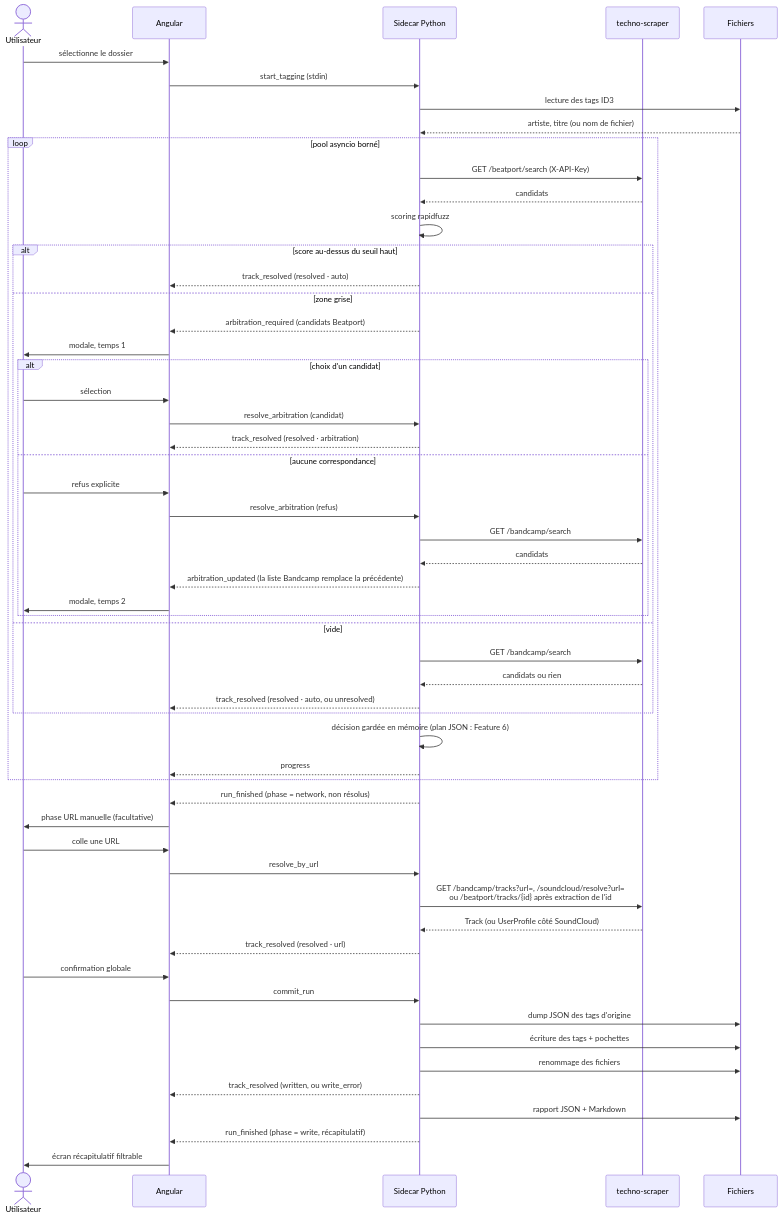
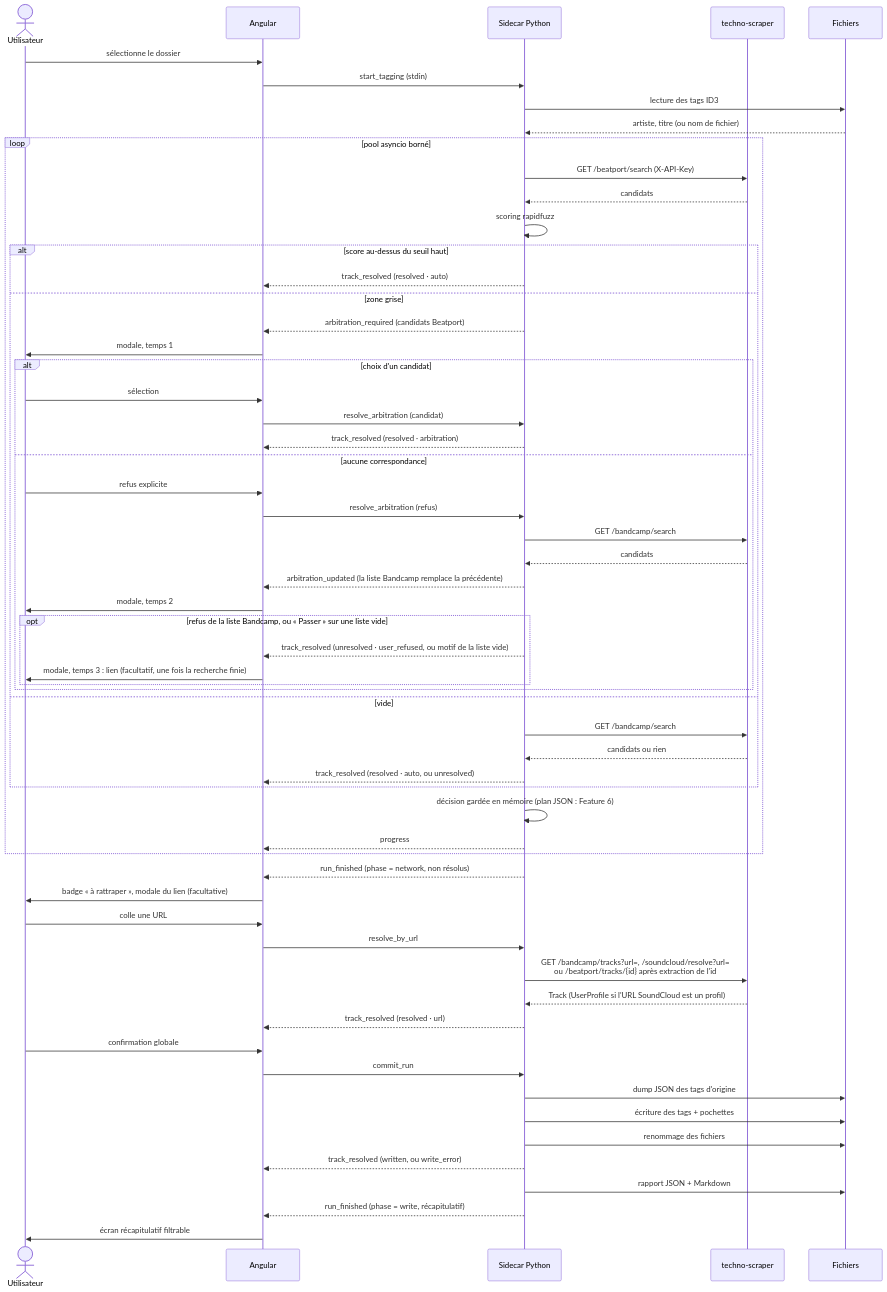
Before and after one commit to thibaud57/techno-tagger: the fourth of 5 diagrams in docs/ARCHITECTURE.md, drawn with Mermaid. The commit also changed other lines of this file and 111 other files, not shown here.

````diff
--- a/docs/ARCHITECTURE.md
+++ b/docs/ARCHITECTURE.md
@@ -609,61 +617,65 @@
 ```mermaid
 sequenceDiagram
     actor U as Utilisateur
     participant UI as Angular
     participant S as Sidecar Python
     participant API as techno-scraper
     participant FS as Fichiers
 
     U->>UI: sélectionne le dossier
     UI->>S: start_tagging (stdin)
     S->>FS: lecture des tags ID3
     FS-->>S: artiste, titre (ou nom de fichier)
 
     loop pool asyncio borné
         S->>API: GET /beatport/search (X-API-Key)
         API-->>S: candidats
         S->>S: scoring rapidfuzz
         alt score au-dessus du seuil haut
             S-->>UI: track_resolved (resolved · auto)
         else zone grise
             S-->>UI: arbitration_required (candidats Beatport)
             UI->>U: modale, temps 1
             alt choix d'un candidat
                 U->>UI: sélection
                 UI->>S: resolve_arbitration (candidat)
                 S-->>UI: track_resolved (resolved · arbitration)
             else aucune correspondance
                 U->>UI: refus explicite
                 UI->>S: resolve_arbitration (refus)
                 S->>API: GET /bandcamp/search
                 API-->>S: candidats
                 S-->>UI: arbitration_updated (la liste Bandcamp remplace la précédente)
                 UI->>U: modale, temps 2
+                opt refus de la liste Bandcamp, ou « Passer » sur une liste vide
+                    S-->>UI: track_resolved (unresolved · user_refused, ou motif de la liste vide)
+                    UI->>U: modale, temps 3 : lien (facultatif, une fois la recherche finie)
+                end
             end
         else vide
             S->>API: GET /bandcamp/search
             API-->>S: candidats ou rien
             S-->>UI: track_resolved (resolved · auto, ou unresolved)
         end
         S->>S: décision gardée en mémoire (plan JSON : Feature 6)
         S-->>UI: progress
     end
 
     S-->>UI: run_finished (phase = network, non résolus)
-    UI->>U: phase URL manuelle (facultative)
+    UI->>U: badge « à rattraper », modale du lien (facultative)
     U->>UI: colle une URL
     UI->>S: resolve_by_url
     S->>API: GET /bandcamp/tracks?url=, /soundcloud/resolve?url=<br/>ou /beatport/tracks/{id} après extraction de l'id
-    API-->>S: Track (ou UserProfile côté SoundCloud)
+    API-->>S: Track (UserProfile si l'URL SoundCloud est un profil)
     S-->>UI: track_resolved (resolved · url)
 
     U->>UI: confirmation globale
     UI->>S: commit_run
     S->>FS: dump JSON des tags d'origine
     S->>FS: écriture des tags + pochettes
     S->>FS: renommage des fichiers
     S-->>UI: track_resolved (written, ou write_error)
     S->>FS: rapport JSON + Markdown
     S-->>UI: run_finished (phase = write, récapitulatif)
     UI->>U: écran récapitulatif filtrable
 ```
````
